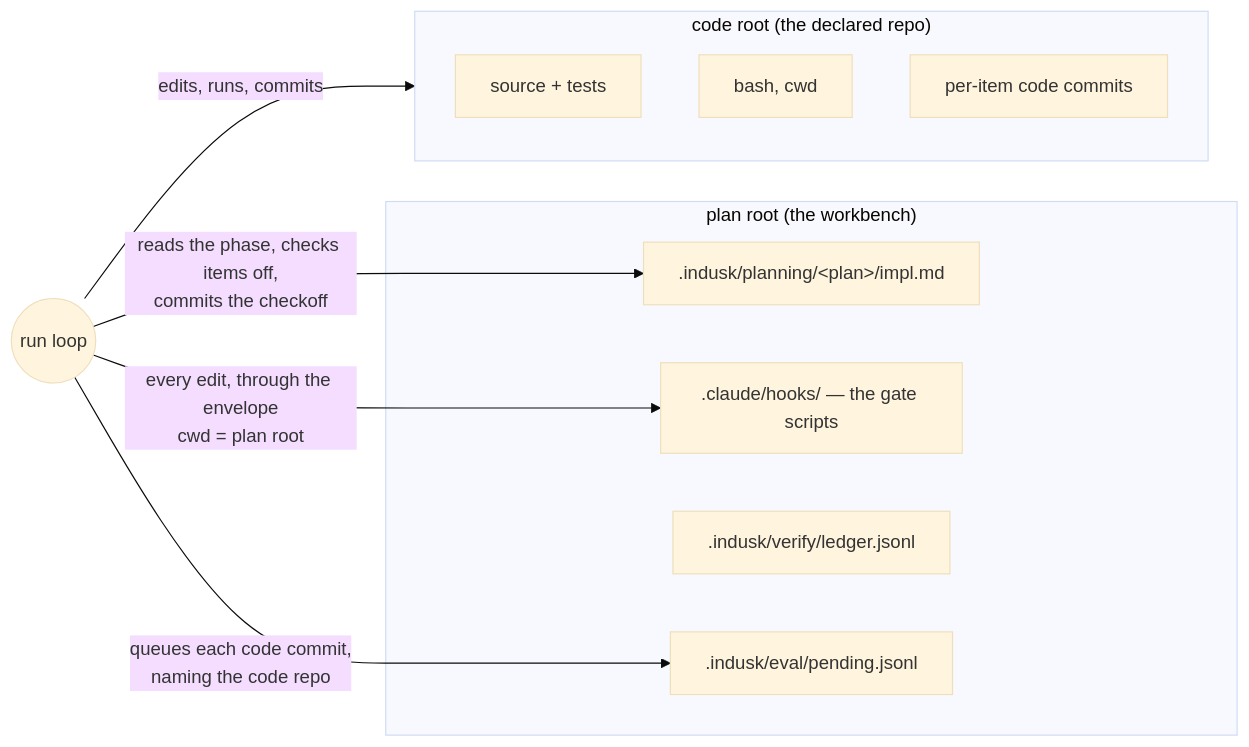
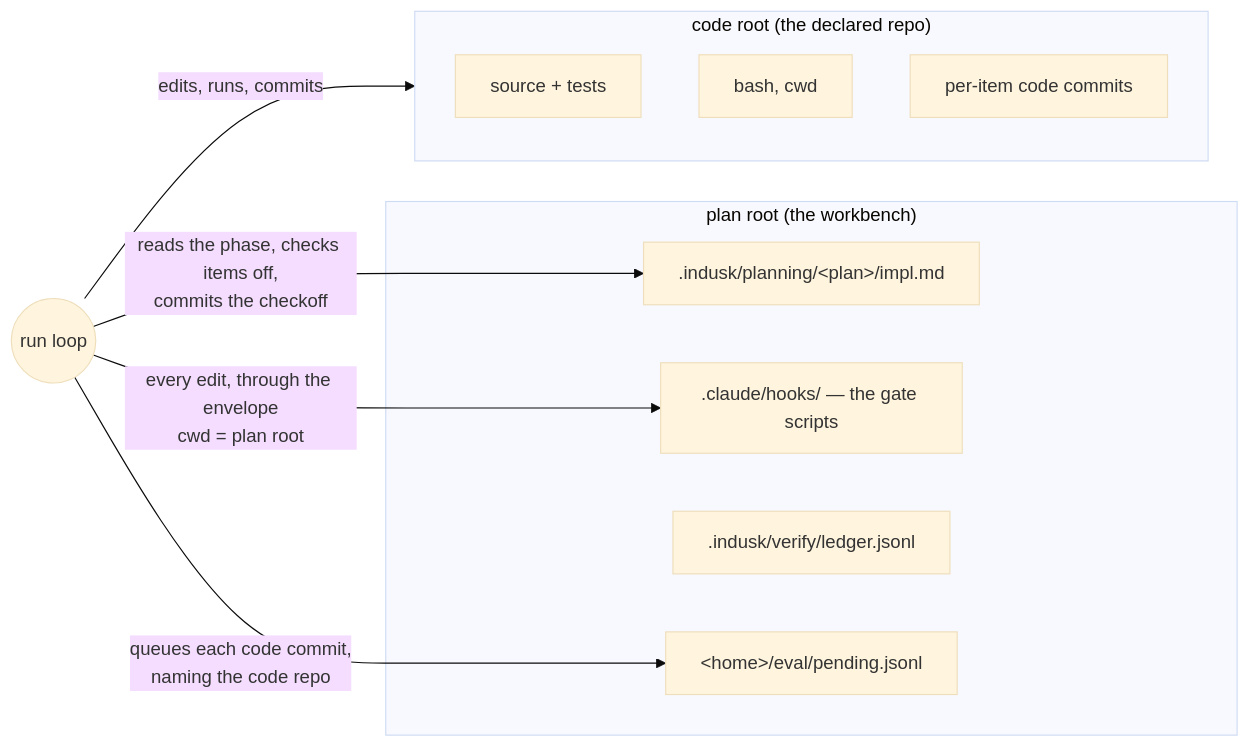
Before and after one commit to infinitedusky/indusk: the first of 2 diagrams in apps/docs/src/reference/cli/run.md, drawn with Mermaid (base theme). The commit also changed other lines of this file and 9 other files, not shown here.

First line of the commit message:
docs: every page that named .indusk/eval/ or the highlights files reads them in the project home

````diff
--- a/apps/docs/src/reference/cli/run.md
+++ b/apps/docs/src/reference/cli/run.md
@@ -29,19 +29,19 @@
 ```mermaid
 flowchart LR
   subgraph plan["plan root (the workbench)"]
     impl[".indusk/planning/&lt;plan&gt;/impl.md"]
     gates[".claude/hooks/ — the gate scripts"]
     ledger[".indusk/verify/ledger.jsonl"]
-    queue[".indusk/eval/pending.jsonl"]
+    queue["&lt;home&gt;/eval/pending.jsonl"]
   end
   subgraph code["code root (the declared repo)"]
     files["source + tests"]
     bash["bash, cwd"]
     commits["per-item code commits"]
   end
   loop((run loop))
   loop -- "reads the phase, checks items off,<br/>commits the checkoff" --> impl
   loop -- "every edit, through the envelope<br/>cwd = plan root" --> gates
   loop -- "edits, runs, commits" --> code
   loop -- "queues each code commit,<br/>naming the code repo" --> queue
 ```
````
